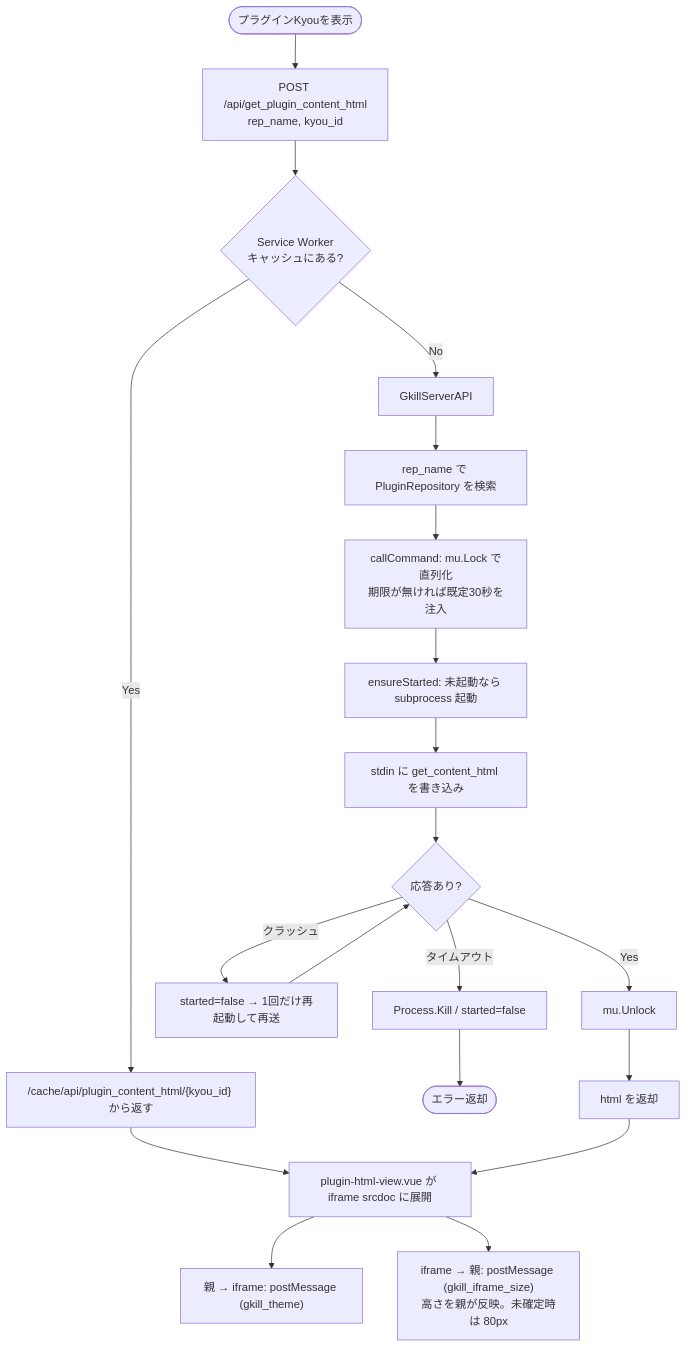
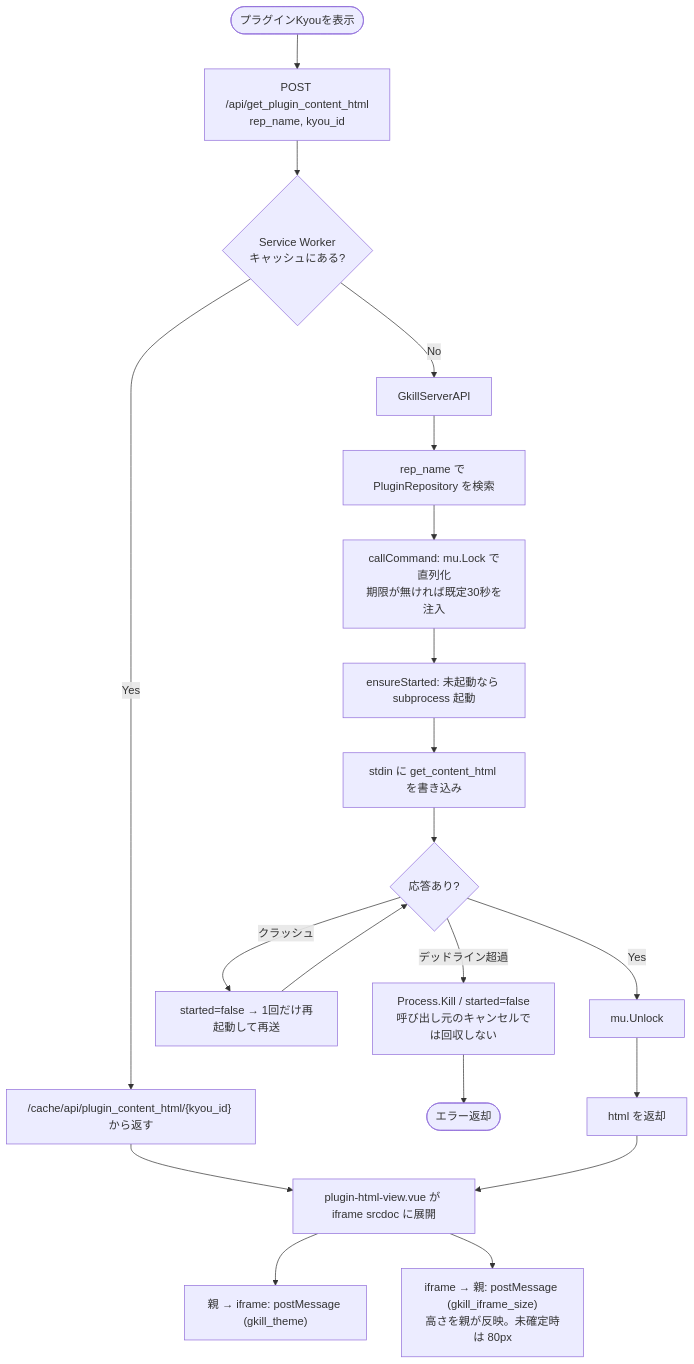
The tenth of 13 diagrams in documents/reverse/activity-diagrams.md (mt3hr/gkill), drawn with Mermaid before and after one commit. The commit also changed 13 other files, not shown here.

````diff
--- a/documents/reverse/activity-diagrams.md
+++ b/documents/reverse/activity-diagrams.md
@@ -317,26 +317,26 @@
 ```mermaid
 flowchart TD
     Start([プラグインKyouを表示]) --> Req[POST /api/get_plugin_content_html<br>rep_name, kyou_id]
     Req --> SW{Service Worker<br>キャッシュにある?}
     SW -->|Yes| FromCache["/cache/api/plugin_content_html/{kyou_id} から返す"]
     SW -->|No| Server[GkillServerAPI]
 
     Server --> FindRep[rep_name で PluginRepository を検索]
     FindRep --> Lock[callCommand: mu.Lock で直列化<br>期限が無ければ既定30秒を注入]
     Lock --> Ensure[ensureStarted: 未起動なら subprocess 起動]
     Ensure --> Send[stdin に get_content_html を書き込み]
     Send --> Recv{応答あり?}
 
-    Recv -->|タイムアウト| Kill[Process.Kill / started=false]
+    Recv -->|デッドライン超過| Kill[Process.Kill / started=false<br>呼び出し元のキャンセルでは回収しない]
     Kill --> ErrOut([エラー返却])
     Recv -->|クラッシュ| Retry[started=false → 1回だけ再起動して再送]
     Retry --> Recv
     Recv -->|Yes| Unlock[mu.Unlock]
 
     Unlock --> Html[html を返却]
     FromCache --> Render
     Html --> Render[plugin-html-view.vue が iframe srcdoc に展開]
 
     Render --> Theme["親 → iframe: postMessage (gkill_theme)"]
     Render --> Size["iframe → 親: postMessage (gkill_iframe_size)<br>高さを親が反映。未確定時は 80px"]
 ```
````
